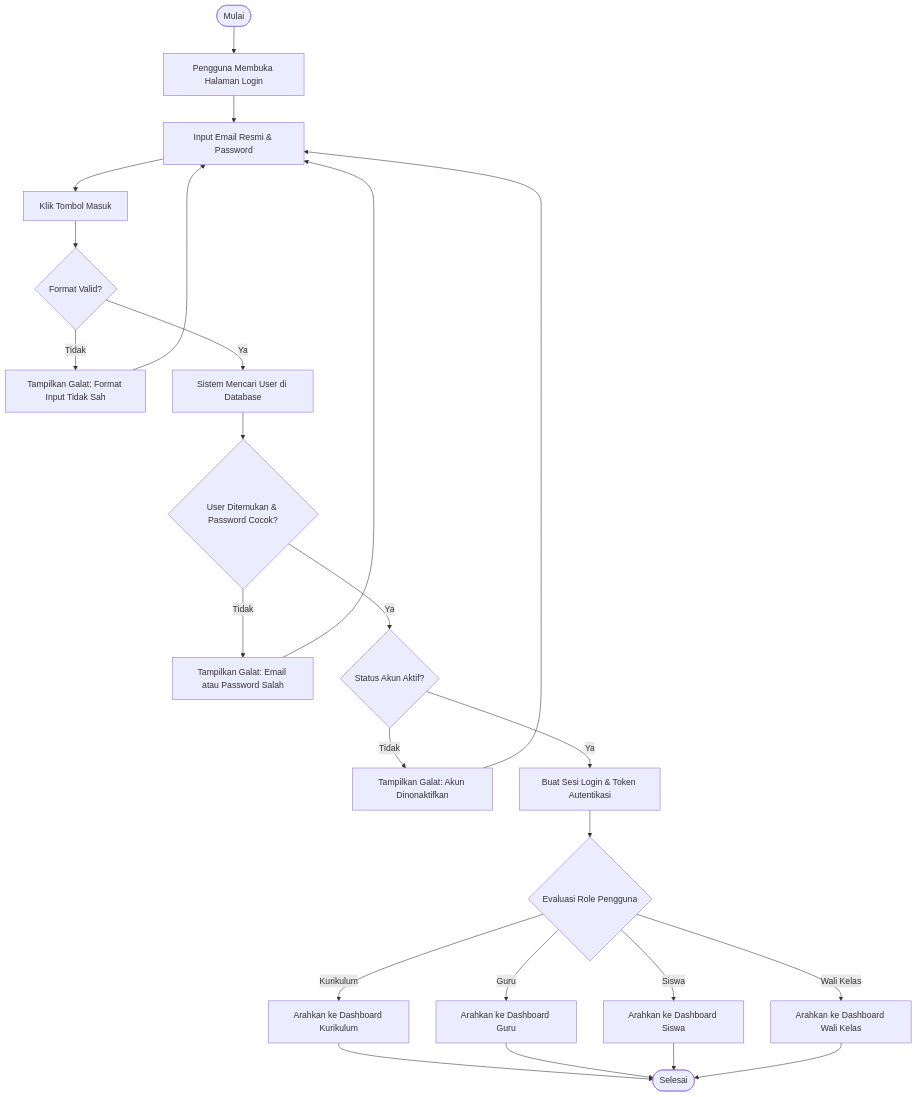
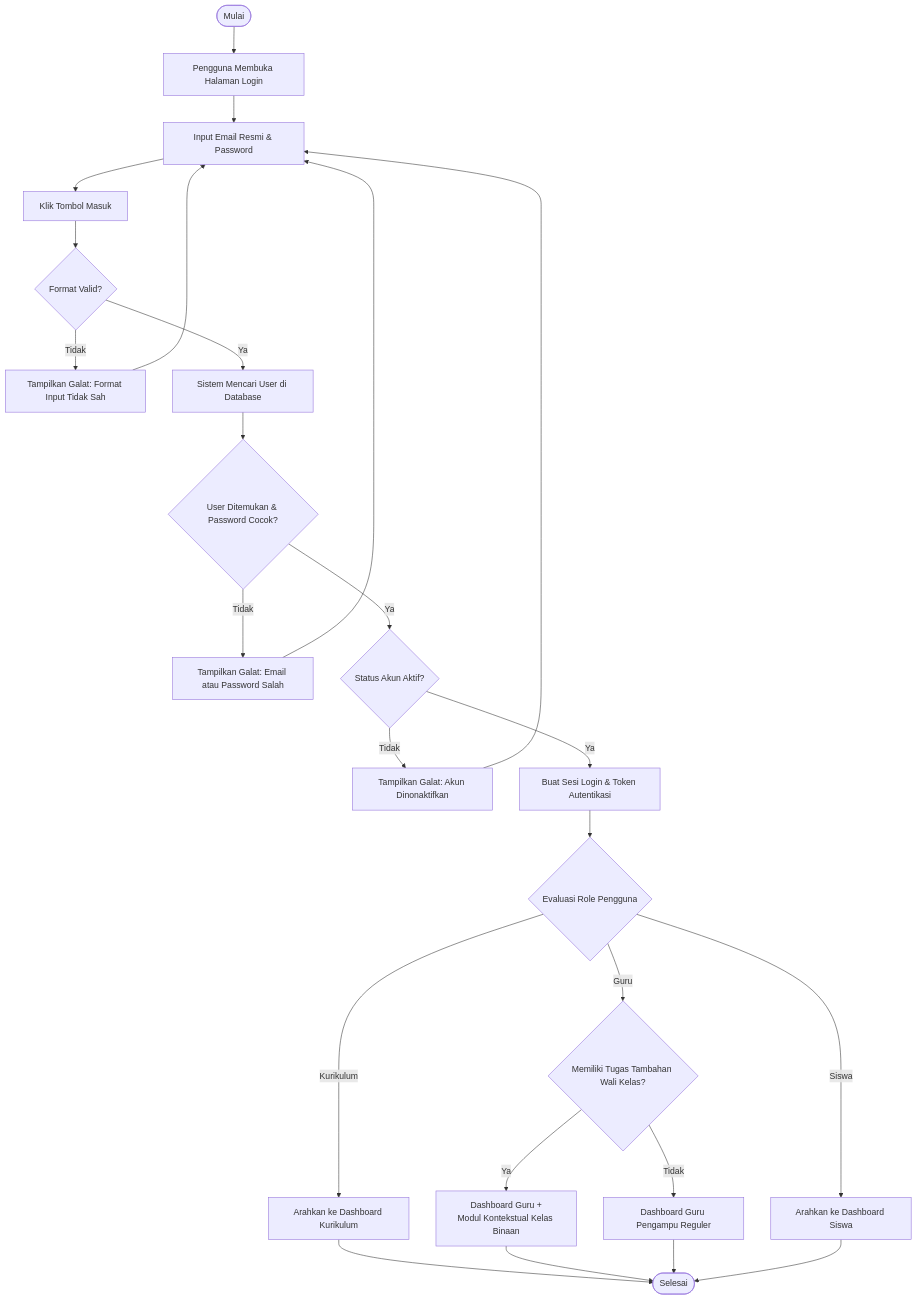
One commit to hafidznugraha/LMS-SMAN2-PADALARANG changed the first of 7 diagrams in PRD.md. Above: the diagram before and after it, drawn with Mermaid. The commit also changed other lines of this file and 13 other files, not shown here.

First line of the commit message:
feat(auth,wali-kelas): implementasi pemulihan sesi otomatis dan arsitektur peran kontekstual wali kelas

````diff
--- a/PRD.md
+++ b/PRD.md
@@ -126,33 +133,35 @@
 ```mermaid
 flowchart TD
     Start([Mulai]) --> BukaApp[Pengguna Membuka Halaman Login]
     BukaApp --> InputForm[Input Email Resmi & Password]
     InputForm --> SubmitLogin[Klik Tombol Masuk]
     SubmitLogin --> CekFormat{"Format Valid?"}
     
     CekFormat -- Tidak --> ShowFormatError[Tampilkan Galat: Format Input Tidak Sah]
     ShowFormatError --> InputForm
     
     CekFormat -- Ya --> QueryUser[Sistem Mencari User di Database]
     QueryUser --> UserExist{"User Ditemukan & Password Cocok?"}
     
     UserExist -- Tidak --> ShowCredError[Tampilkan Galat: Email atau Password Salah]
     ShowCredError --> InputForm
     
     UserExist -- Ya --> CekAktif{"Status Akun Aktif?"}
     CekAktif -- Tidak --> ShowInactiveError[Tampilkan Galat: Akun Dinonaktifkan]
     ShowInactiveError --> InputForm
     
     CekAktif -- Ya --> GenerateToken[Buat Sesi Login & Token Autentikasi]
     GenerateToken --> DispatchRole{"Evaluasi Role Pengguna"}
     
     DispatchRole -- Kurikulum --> DashKuri[Arahkan ke Dashboard Kurikulum]
-    DispatchRole -- Guru --> DashGuru[Arahkan ke Dashboard Guru]
     DispatchRole -- Siswa --> DashSiswa[Arahkan ke Dashboard Siswa]
-    DispatchRole -- Wali Kelas --> DashWali[Arahkan ke Dashboard Wali Kelas]
+    DispatchRole -- Guru --> CekWali{"Memiliki Tugas Tambahan Wali Kelas?"}
+    
+    CekWali -- Ya --> DashGuruWali[Dashboard Guru +\nModul Kontekstual Kelas Binaan]
+    CekWali -- Tidak --> DashGuruOnly[Dashboard Guru Pengampu Reguler]
     
     DashKuri --> Selesai([Selesai])
-    DashGuru --> Selesai
+    DashGuruWali --> Selesai
+    DashGuruOnly --> Selesai
     DashSiswa --> Selesai
-    DashWali --> Selesai
 ```
````
